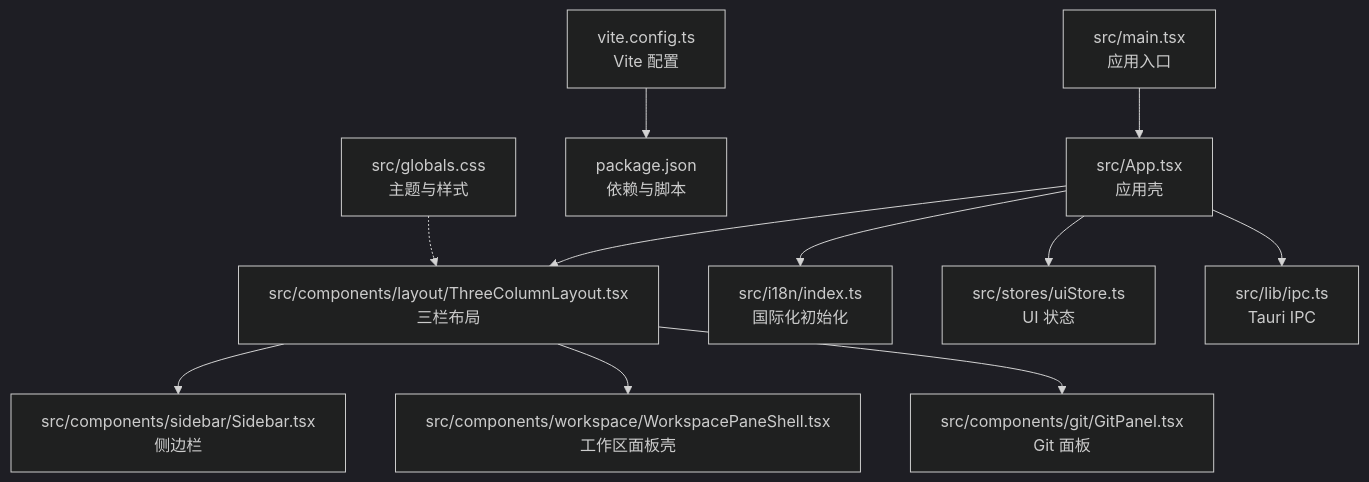
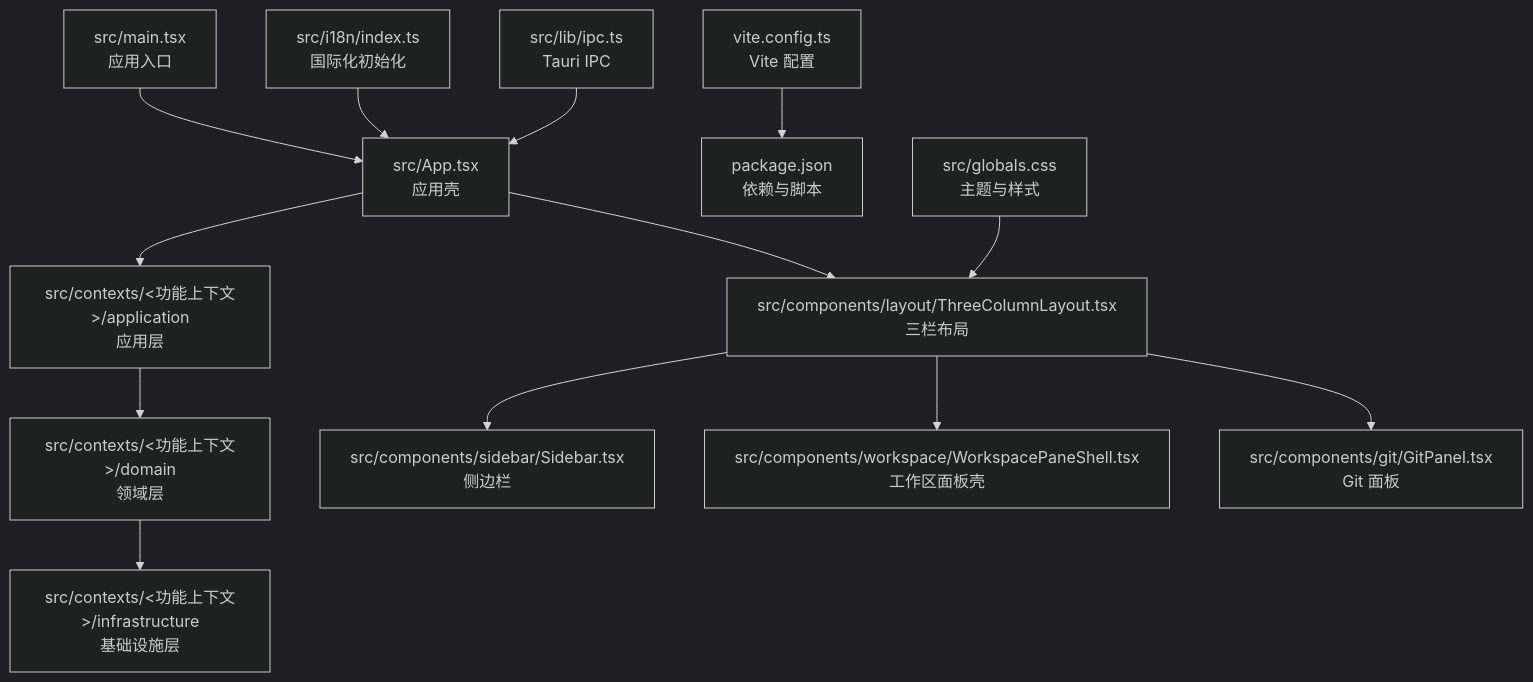
Before and after one commit to yattin/panes: the first of 8 diagrams in .qoder/repowiki/zh/content/架构设计/前端架构/前端架构.md, drawn with Mermaid (dark theme). The commit also changed other lines of this file and 45 other files, not shown here.

````diff
--- a/.qoder/repowiki/zh/content/架构设计/前端架构/前端架构.md
+++ b/.qoder/repowiki/zh/content/架构设计/前端架构/前端架构.md
@@ -44,13 +62,15 @@
 ```mermaid
 graph TB
 A["src/main.tsx<br/>应用入口"] --> B["src/App.tsx<br/>应用壳"]
-B --> C["src/components/layout/ThreeColumnLayout.tsx<br/>三栏布局"]
-C --> D["src/components/sidebar/Sidebar.tsx<br/>侧边栏"]
-C --> E["src/components/workspace/WorkspacePaneShell.tsx<br/>工作区面板壳"]
-C --> F["src/components/git/GitPanel.tsx<br/>Git 面板"]
-B --> G["src/i18n/index.ts<br/>国际化初始化"]
-B --> H["src/stores/uiStore.ts<br/>UI 状态"]
-B --> I["src/lib/ipc.ts<br/>Tauri IPC"]
-J["vite.config.ts<br/>Vite 配置"] --> K["package.json<br/>依赖与脚本"]
-L["src/globals.css<br/>主题与样式"] -.-> C
+B --> C["src/contexts/<功能上下文>/application<br/>应用层"]
+C --> D["src/contexts/<功能上下文>/domain<br/>领域层"]
+D --> E["src/contexts/<功能上下文>/infrastructure<br/>基础设施层"]
+B --> F["src/components/layout/ThreeColumnLayout.tsx<br/>三栏布局"]
+F --> G["src/components/sidebar/Sidebar.tsx<br/>侧边栏"]
+F --> H["src/components/workspace/WorkspacePaneShell.tsx<br/>工作区面板壳"]
+F --> I["src/components/git/GitPanel.tsx<br/>Git 面板"]
+J["src/i18n/index.ts<br/>国际化初始化"] --> B
+K["src/lib/ipc.ts<br/>Tauri IPC"] --> B
+L["vite.config.ts<br/>Vite 配置"] --> M["package.json<br/>依赖与脚本"]
+N["src/globals.css<br/>主题与样式"] --> F
 ```
````
